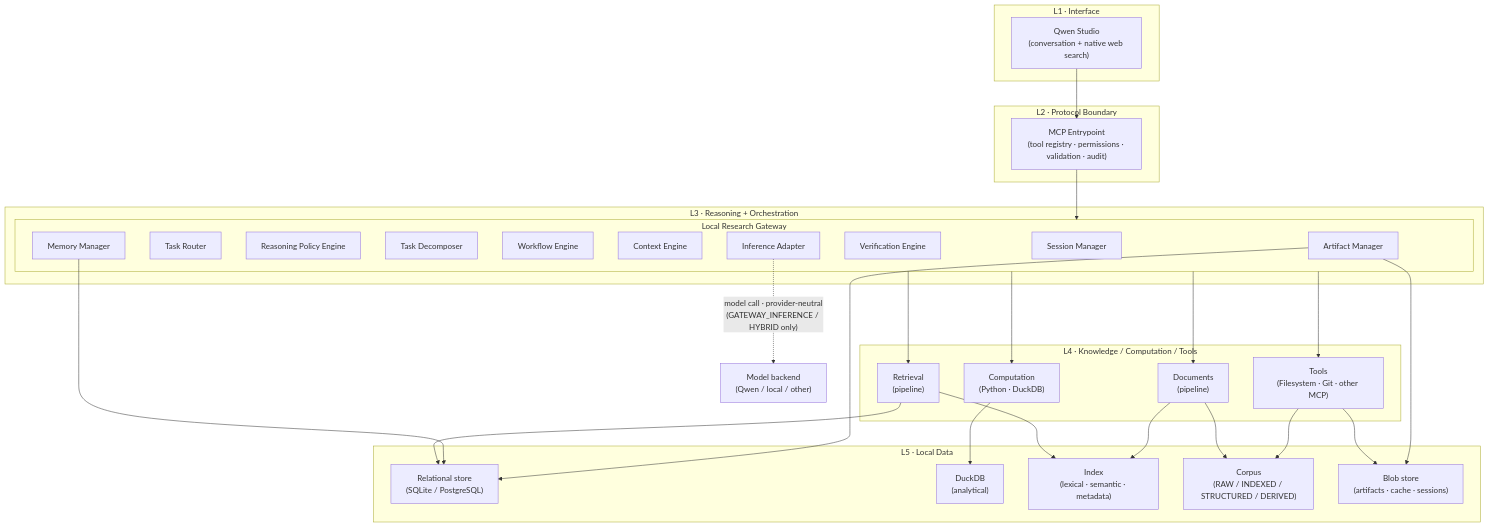
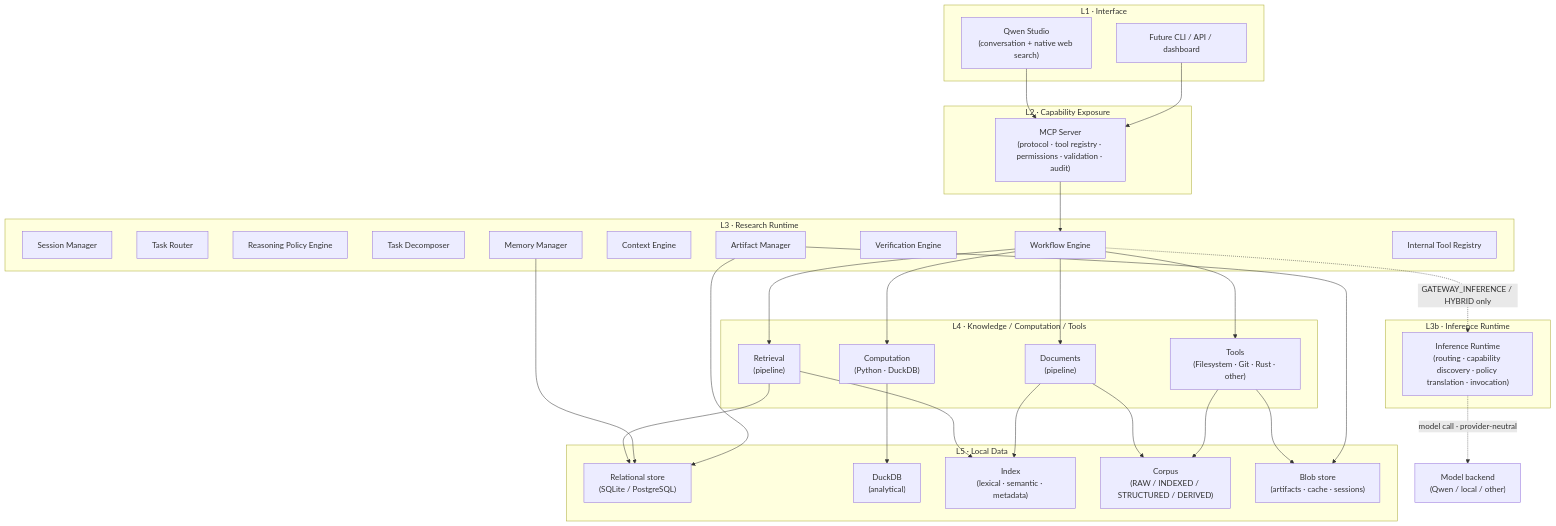
Before and after one commit to mitem743351/qwen: the diagram in docs/architecture/diagrams/system-architecture.md, drawn with Mermaid. The commit also changed other lines of this file and 36 other files, not shown here.

First line of the commit message:
Phase 0.75: runtime boundary and execution architecture

````diff
--- a/docs/architecture/diagrams/system-architecture.md
+++ b/docs/architecture/diagrams/system-architecture.md
@@ -3,58 +3,63 @@
 ```mermaid
 flowchart TB
     subgraph L1["L1 · Interface"]
         QS["Qwen Studio<br/>(conversation + native web search)"]
+        OC["Future CLI / API / dashboard"]
     end
 
-    subgraph L2["L2 · Protocol Boundary"]
-        MCP["MCP Entrypoint<br/>(tool registry · permissions · validation · audit)"]
+    subgraph L2["L2 · Capability Exposure"]
+        MCP["MCP Server<br/>(protocol · tool registry · permissions · validation · audit)"]
     end
 
-    subgraph L3["L3 · Reasoning + Orchestration"]
-        subgraph LRG["Local Research Gateway"]
-            SM["Session Manager"]
-            TR["Task Router"]
-            RPE["Reasoning Policy Engine"]
-            TD["Task Decomposer"]
-            WE["Workflow Engine"]
-            CE["Context Engine"]
-            MM["Memory Manager"]
-            VE["Verification Engine"]
-            AM["Artifact Manager"]
-            IA["Inference Adapter"]
-        end
+    subgraph L3["L3 · Research Runtime"]
+        SM["Session Manager"]
+        TR["Task Router"]
+        RPE["Reasoning Policy Engine"]
+        TD["Task Decomposer"]
+        WE["Workflow Engine"]
+        CE["Context Engine"]
+        MM["Memory Manager"]
+        VE["Verification Engine"]
+        AM["Artifact Manager"]
+        TREG["Internal Tool Registry"]
+    end
+
+    subgraph L3b["L3b · Inference Runtime"]
+        IR["Inference Runtime<br/>(routing · capability discovery · policy translation · invocation)"]
     end
 
     subgraph L4["L4 · Knowledge / Computation / Tools"]
         RET["Retrieval<br/>(pipeline)"]
         DOC["Documents<br/>(pipeline)"]
         CMP["Computation<br/>(Python · DuckDB)"]
-        TOL["Tools<br/>(Filesystem · Git · other MCP)"]
+        TOL["Tools<br/>(Filesystem · Git · Rust · other)"]
     end
 
     subgraph L5["L5 · Local Data"]
         DB["Relational store<br/>(SQLite / PostgreSQL)"]
         DDB["DuckDB<br/>(analytical)"]
         IDX["Index<br/>(lexical · semantic · metadata)"]
         COR["Corpus<br/>(RAW / INDEXED / STRUCTURED / DERIVED)"]
         BLB["Blob store<br/>(artifacts · cache · sessions)"]
     end
 
     QS --> MCP
-    MCP --> LRG
-    LRG --> RET
-    LRG --> DOC
-    LRG --> CMP
-    LRG --> TOL
+    OC --> MCP
+    MCP --> WE
+    WE --> RET
+    WE --> DOC
+    WE --> CMP
+    WE --> TOL
     RET --> IDX
     RET --> DB
     DOC --> COR
     DOC --> IDX
     CMP --> DDB
     TOL --> COR
     TOL --> BLB
     MM --> DB
     AM --> BLB
     AM --> DB
-    IA -.->|"model call · provider-neutral<br/>(GATEWAY_INFERENCE / HYBRID only)"| QW["Model backend<br/>(Qwen / local / other)"]
+    WE -.->|"GATEWAY_INFERENCE / HYBRID only"| IR
+    IR -.->|"model call · provider-neutral"| QW["Model backend<br/>(Qwen / local / other)"]
 ```
````
